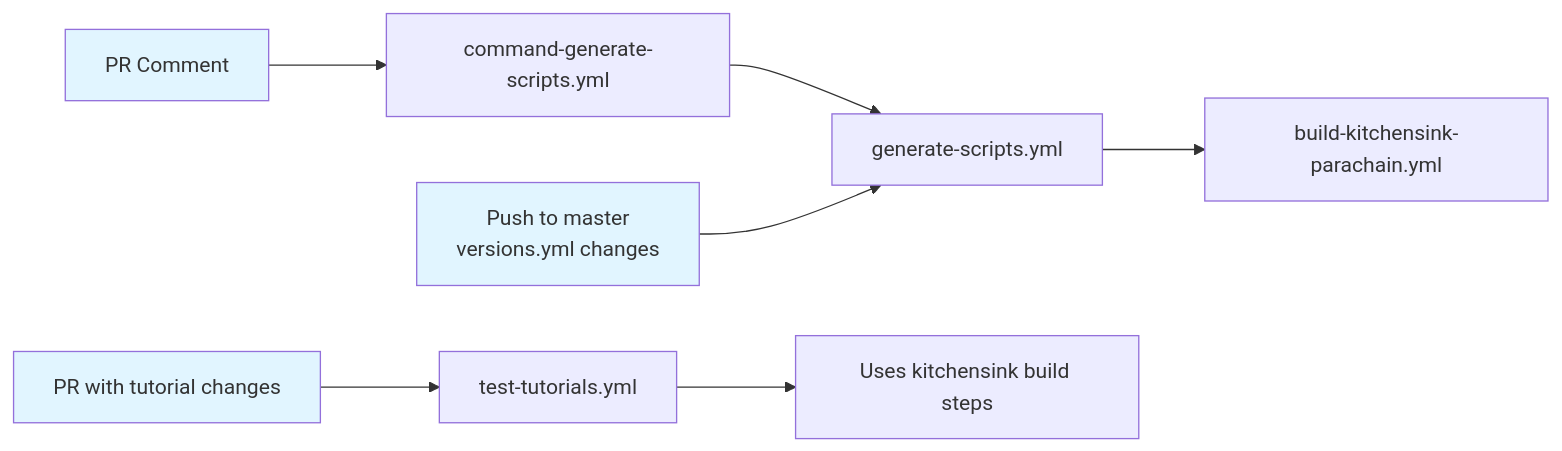
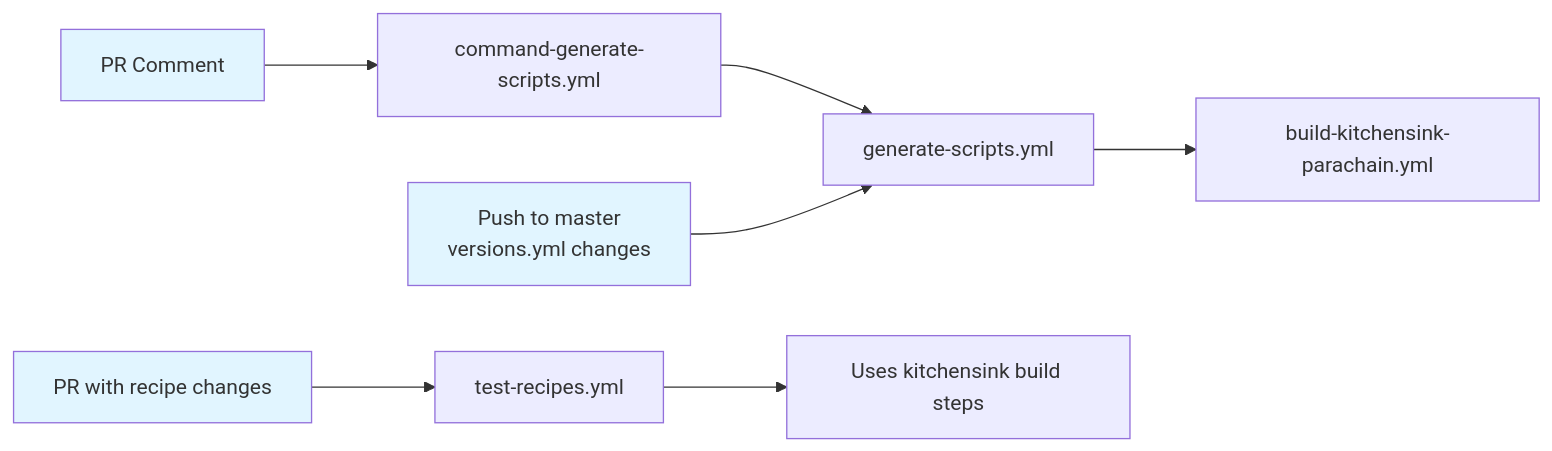
The third of 3 diagrams in docs/WORKFLOWS.md (polkadot-developers/polkadot-cookbook), drawn with Mermaid before and after one commit. The commit also changed other lines of this file and 57 other files, not shown here.

First line of the commit message:
feat: rename tutorials to recipes and add frontmatter support

````diff
--- a/docs/WORKFLOWS.md
+++ b/docs/WORKFLOWS.md
@@ -264,15 +264,15 @@
 ```mermaid
 graph LR
     A[PR Comment] --> B[command-generate-scripts.yml]
     B --> C[generate-scripts.yml]
     C --> D[build-kitchensink-parachain.yml]
 
-    E[PR with tutorial changes] --> F[test-tutorials.yml]
+    E[PR with recipe changes] --> F[test-recipes.yml]
     F --> G[Uses kitchensink build steps]
 
     H[Push to master<br/>versions.yml changes] --> C
 
     style A fill:#e1f5ff
     style E fill:#e1f5ff
     style H fill:#e1f5ff
 ```
````
